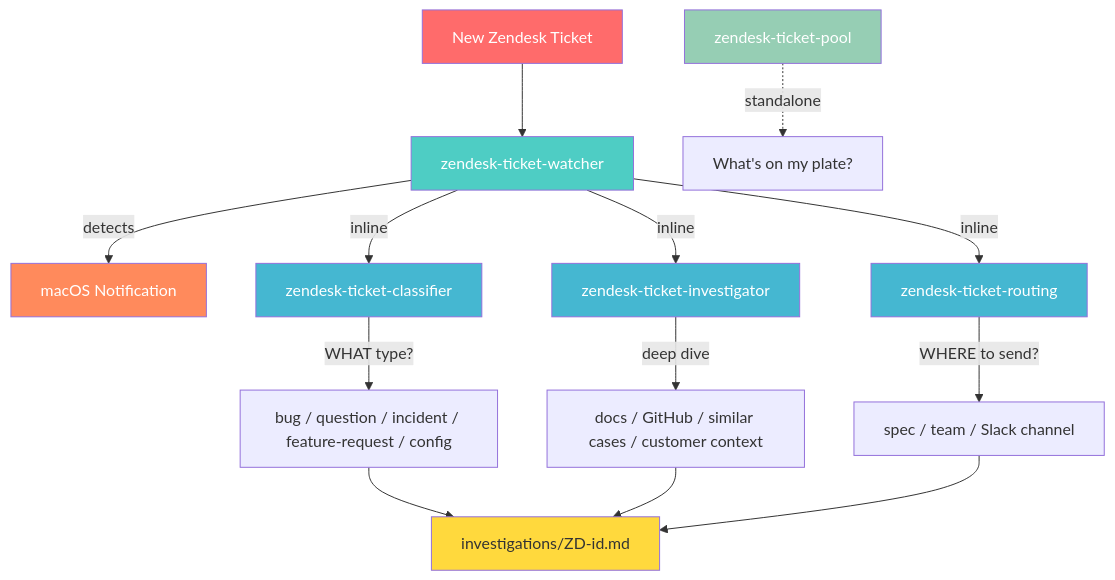
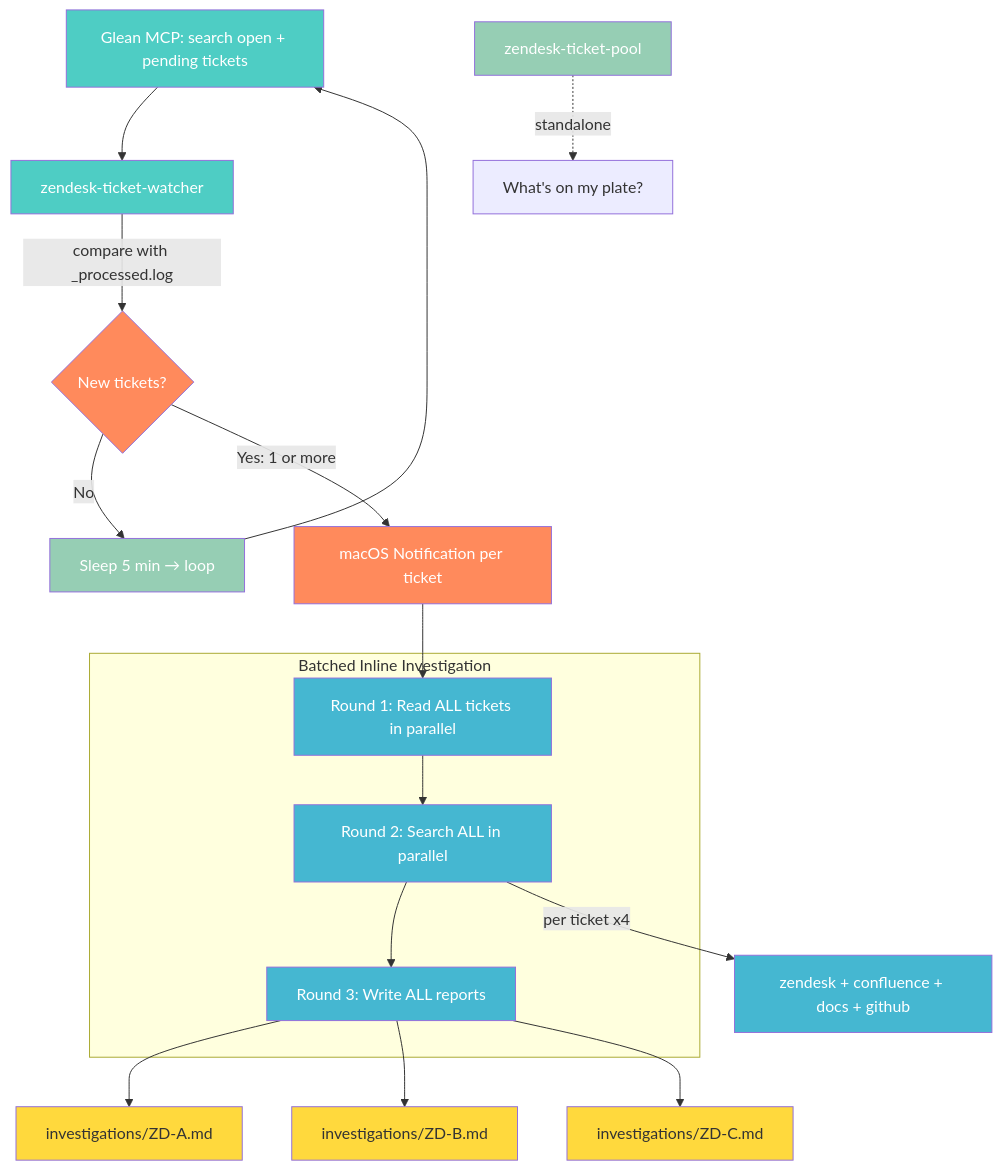
The diagram in README.md (ddalexvea/datadog-cursor-diagnose-skills), drawn with Mermaid before and after one commit.

Commit message:
Update pipeline diagram to show batched multi-ticket flow
Made-with: Cursor

````diff
--- a/README.md
+++ b/README.md
@@ -56,27 +56,36 @@
 ```mermaid
 flowchart TD
-    A[New Zendesk Ticket] --> B[zendesk-ticket-watcher]
-    B -->|detects| N[macOS Notification]
-    B -->|inline| C[zendesk-ticket-classifier]
-    B -->|inline| D[zendesk-ticket-investigator]
-    B -->|inline| E[zendesk-ticket-routing]
+    A[Glean MCP: search open + pending tickets] --> B[zendesk-ticket-watcher]
+    B -->|compare with _processed.log| C{New tickets?}
+    C -->|No| S[Sleep 5 min → loop]
+    C -->|Yes: 1 or more| N[macOS Notification per ticket]
+    N --> R1
 
-    C -->|WHAT type?| C1[bug / question / incident / feature-request / config]
-    D -->|deep dive| D1[docs / GitHub / similar cases / customer context]
-    E -->|WHERE to send?| E1[spec / team / Slack channel]
+    subgraph Batched Inline Investigation
+        R1[Round 1: Read ALL tickets in parallel] --> R2[Round 2: Search ALL in parallel]
+        R2 --> R3[Round 3: Write ALL reports]
+    end
 
-    C1 --> F[investigations/ZD-id.md]
-    D1 --> F
-    E1 --> F
+    R2 -->|per ticket x4| R2D[zendesk + confluence + docs + github]
+    R3 --> F1[investigations/ZD-A.md]
+    R3 --> F2[investigations/ZD-B.md]
+    R3 --> F3[investigations/ZD-C.md]
+
+    S --> A
 
     G[zendesk-ticket-pool] -.->|standalone| H[What's on my plate?]
 
-    style A fill:#ff6b6b,color:#fff
+    style A fill:#4ecdc4,color:#fff
     style B fill:#4ecdc4,color:#fff
-    style C fill:#45b7d1,color:#fff
-    style D fill:#45b7d1,color:#fff
-    style E fill:#45b7d1,color:#fff
+    style C fill:#ff8a5c,color:#fff
+    style N fill:#ff8a5c,color:#fff
+    style R1 fill:#45b7d1,color:#fff
+    style R2 fill:#45b7d1,color:#fff
+    style R3 fill:#45b7d1,color:#fff
+    style R2D fill:#45b7d1,color:#fff
+    style F1 fill:#ffd93d,color:#333
+    style F2 fill:#ffd93d,color:#333
+    style F3 fill:#ffd93d,color:#333
+    style S fill:#96ceb4,color:#fff
     style G fill:#96ceb4,color:#fff
-    style F fill:#ffd93d,color:#333
-    style N fill:#ff8a5c,color:#fff
 ```
````
